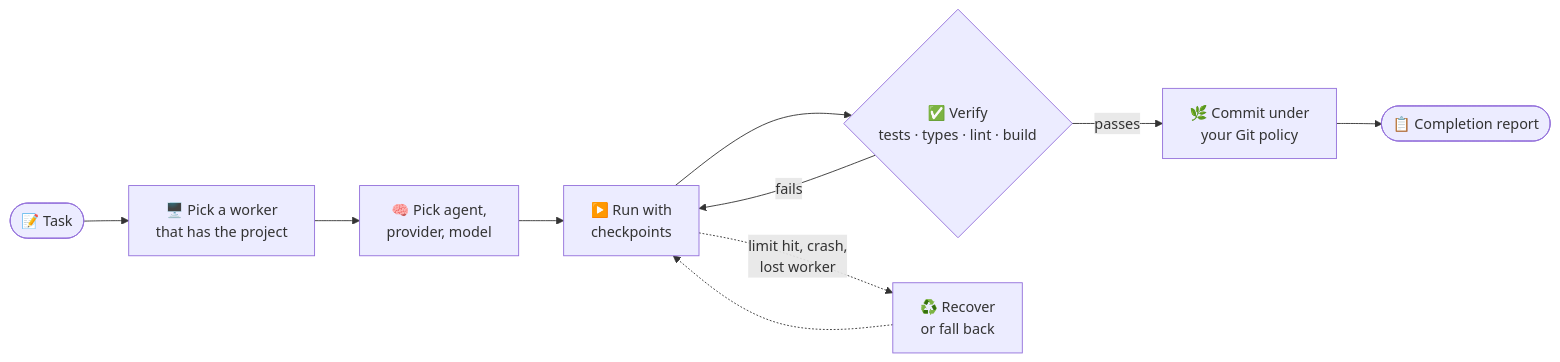
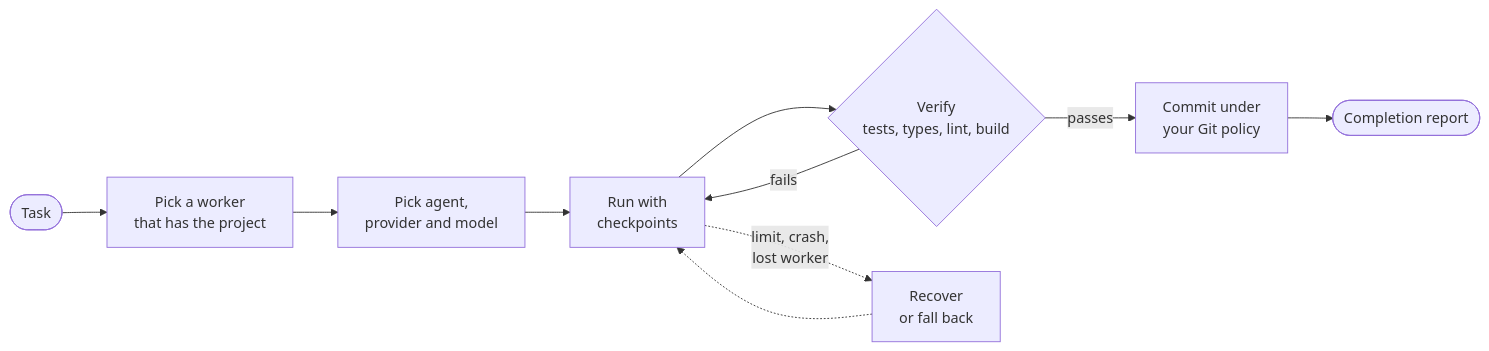
One commit to ankulalwani/agent-orchestration changed the first of 2 diagrams in README.md. Above: the diagram before and after it, drawn with Mermaid. The commit also changed other lines of this file, not shown here.

````diff
--- a/README.md
+++ b/README.md
@@ -46,11 +59,11 @@
 ```mermaid
 flowchart LR
-    T([📝 Task]) --> S[🖥️ Pick a worker<br/>that has the project]
-    S --> A[🧠 Pick agent,<br/>provider, model]
-    A --> R[▶️ Run with<br/>checkpoints]
-    R --> V{✅ Verify<br/>tests · types · lint · build}
+    T([Task]) --> S[Pick a worker<br/>that has the project]
+    S --> A[Pick agent,<br/>provider and model]
+    A --> R[Run with<br/>checkpoints]
+    R --> V{Verify<br/>tests, types, lint, build}
     V -- fails --> R
-    V -- passes --> C[🌿 Commit under<br/>your Git policy]
-    C --> D([📋 Completion report])
-    R -. limit hit, crash,<br/>lost worker .-> X[♻️ Recover<br/>or fall back] -.-> R
+    V -- passes --> C[Commit under<br/>your Git policy]
+    C --> D([Completion report])
+    R -. limit, crash,<br/>lost worker .-> X[Recover<br/>or fall back] -.-> R
 ```
````
